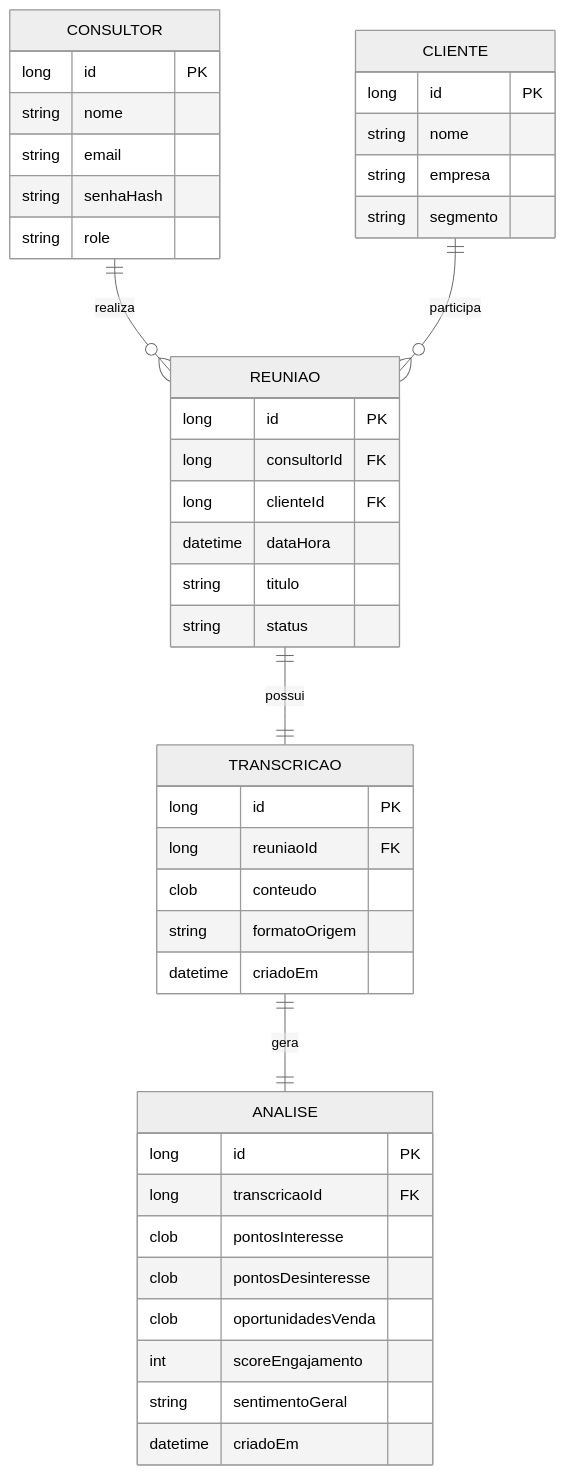
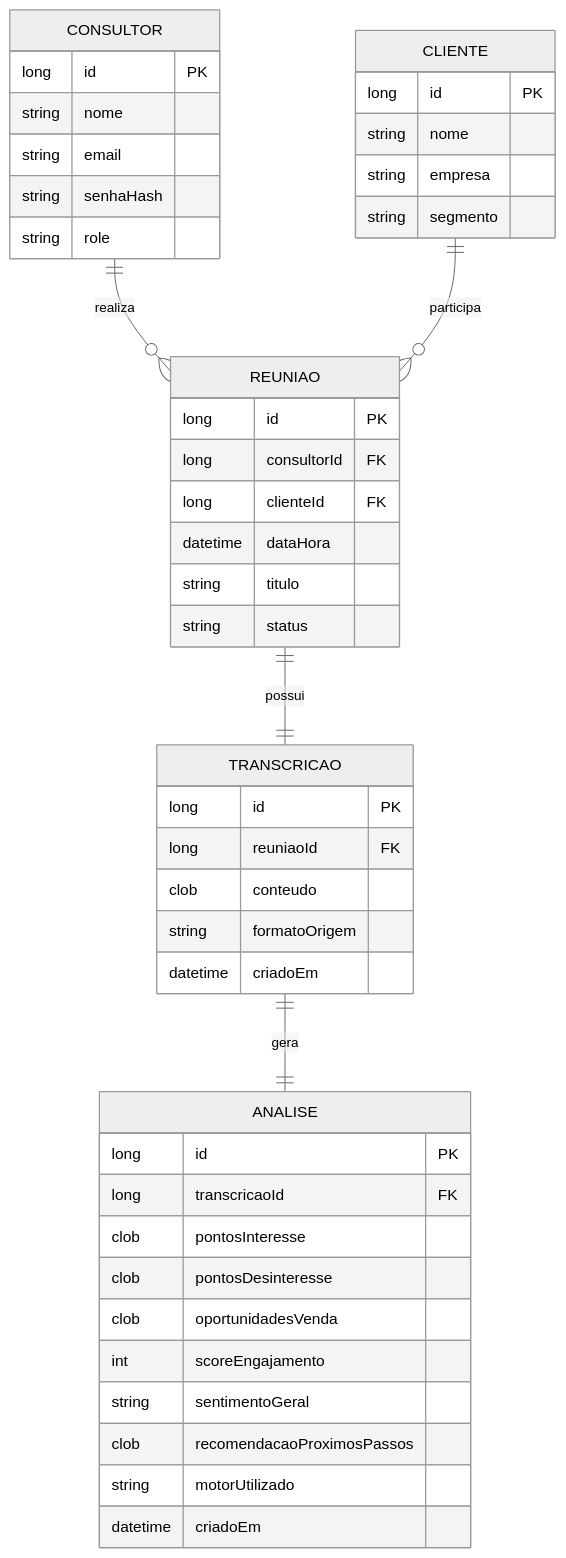
Before and after one commit to Challenge-Totvs/ProjetoTotvs: the second of 2 diagrams in docs/SDD.md, drawn with Mermaid (neutral theme). The commit also changed other lines of this file and 2 other files, not shown here.

Commit message:
docs: update architecture docs for LLM-based analysis engine

````diff
--- a/docs/SDD.md
+++ b/docs/SDD.md
@@ -121,46 +121,48 @@
 ```mermaid
 erDiagram
     CONSULTOR ||--o{ REUNIAO : realiza
     CLIENTE ||--o{ REUNIAO : participa
     REUNIAO ||--|| TRANSCRICAO : possui
     TRANSCRICAO ||--|| ANALISE : gera
 
     CONSULTOR {
         long id PK
         string nome
         string email
         string senhaHash
         string role
     }
     CLIENTE {
         long id PK
         string nome
         string empresa
         string segmento
     }
     REUNIAO {
         long id PK
         long consultorId FK
         long clienteId FK
         datetime dataHora
         string titulo
         string status
     }
     TRANSCRICAO {
         long id PK
         long reuniaoId FK
         clob conteudo
         string formatoOrigem
         datetime criadoEm
     }
     ANALISE {
         long id PK
         long transcricaoId FK
         clob pontosInteresse
         clob pontosDesinteresse
         clob oportunidadesVenda
         int scoreEngajamento
         string sentimentoGeral
+        clob recomendacaoProximosPassos
+        string motorUtilizado
         datetime criadoEm
     }
 ```
````
